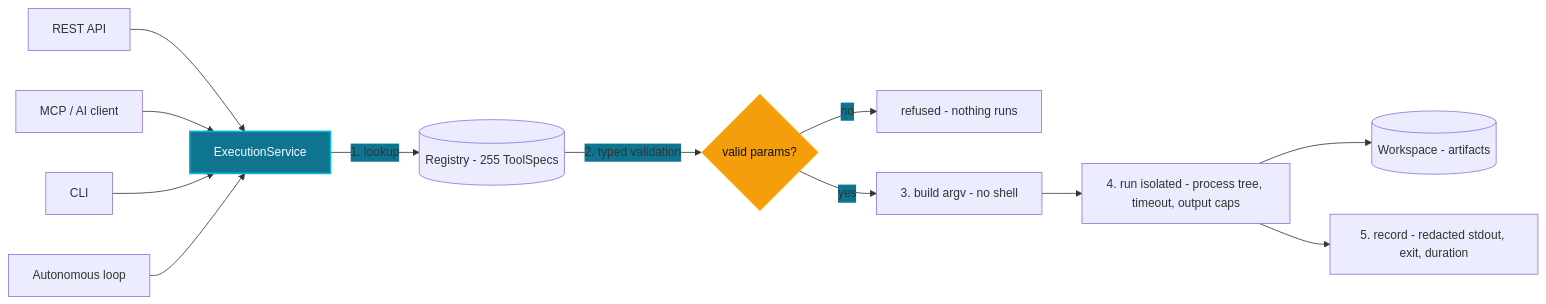
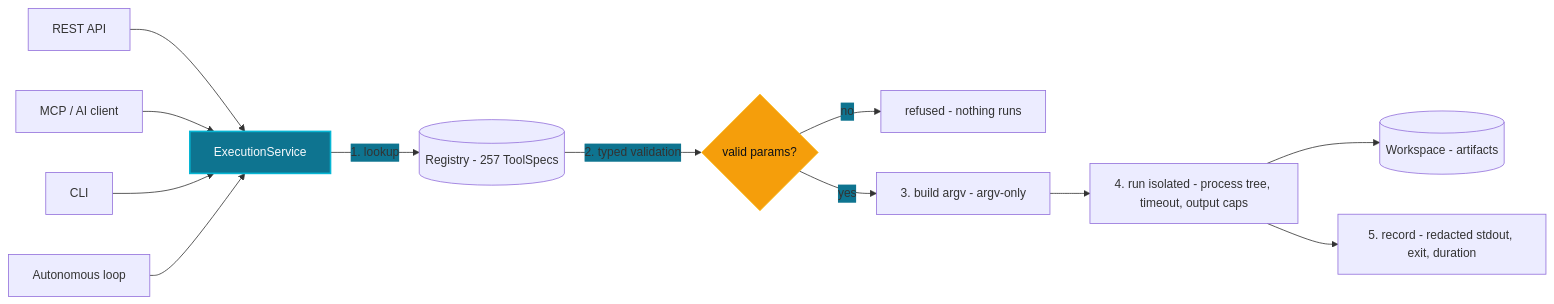
Before and after one commit to Arseno25/nexhunter: the first of 2 diagrams in docs/how-it-works.md, drawn with Mermaid. The commit also changed other lines of this file and 13 other files, not shown here.

````diff
--- a/docs/how-it-works.md
+++ b/docs/how-it-works.md
@@ -15,31 +15,31 @@
 ```mermaid
 %%{init: {"themeVariables": {
   "primaryColor": "#0e7490",
   "secondaryColor": "#06b6d4",
   "tertiaryColor": "#f59e0b",
   "background": "#0d1117",
   "edgeLabelBackground": "#0e7490",
   "fontFamily": "monospace",
   "fontSize": "15px",
   "fontColor": "#e2e8f0",
   "nodeTextColor": "#f8fafc"
 }}}%%
 flowchart LR
     A[REST API] --> E[ExecutionService]
     B[MCP / AI client] --> E
     C[CLI] --> E
     D[Autonomous loop] --> E
 
-    E -->|1. lookup| R[(Registry - 255 ToolSpecs)]
+    E -->|1. lookup| R[(Registry - 257 ToolSpecs)]
     R -->|2. typed validation| V{valid params?}
     V -->|no| X[refused - nothing runs]
-    V -->|yes| G[3. build argv - no shell]
+    V -->|yes| G[3. build argv - argv-only]
     G --> P[4. run isolated - process tree, timeout, output caps]
     P --> W[(Workspace - artifacts)]
     P --> S[5. record - redacted stdout, exit, duration]
 
     classDef core fill:#0e7490,stroke:#06b6d4,stroke-width:2px,color:#f8fafc
     classDef gate fill:#f59e0b,stroke:#fbbf24,color:#0d1117
     class E core
     class V gate
 ```
````
